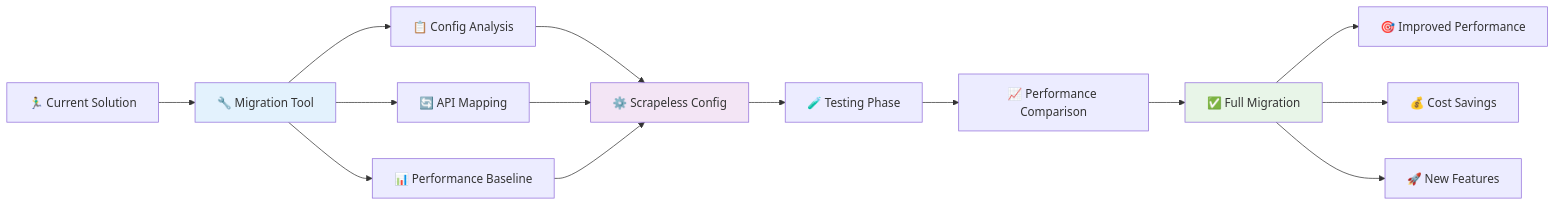
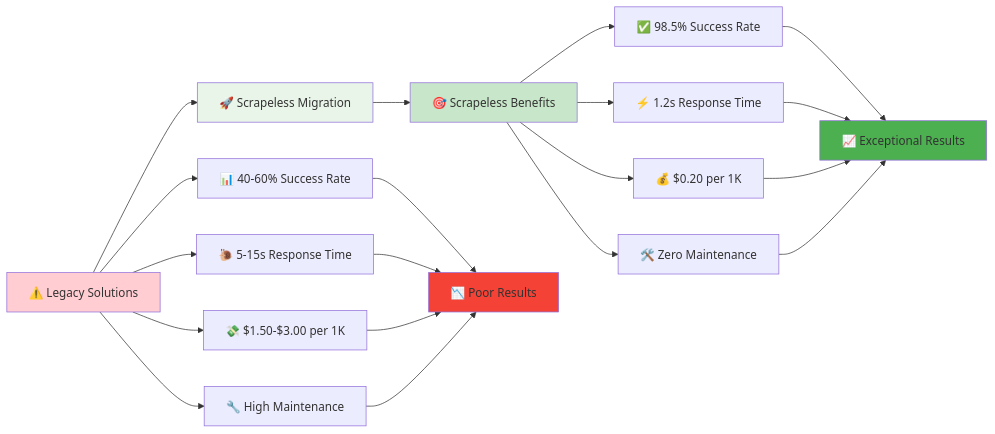
One commit to itsOwen/scrapeless changed the ninth of 10 diagrams in README.md. Above: the diagram before and after it, drawn with Mermaid. The commit also changed other lines of this file, not shown here.

````diff
--- a/README.md
+++ b/README.md
@@ -1184,24 +1249,32 @@
 ```mermaid
 graph LR
-    A[🏃‍♂️ Current Solution] --> B[🔧 Migration Tool]
+    A[⚠️ Legacy Solutions] --> B[🚀 Scrapeless Migration]
     
-    B --> C[📋 Config Analysis]
-    B --> D[🔄 API Mapping]
-    B --> E[📊 Performance Baseline]
+    A --> A1[📊 40-60% Success Rate]
+    A --> A2[🐌 5-15s Response Time]  
+    A --> A3[💸 $1.50-$3.00 per 1K]
+    A --> A4[🔧 High Maintenance]
     
-    C --> F[⚙️ Scrapeless Config]
-    D --> F
-    E --> F
+    B --> C[🎯 Scrapeless Benefits]
     
-    F --> G[🧪 Testing Phase]
-    G --> H[📈 Performance Comparison]
-    H --> I[✅ Full Migration]
+    C --> C1[✅ 98.5% Success Rate]
+    C --> C2[⚡ 1.2s Response Time]
+    C --> C3[💰 $0.20 per 1K]
+    C --> C4[🛠️ Zero Maintenance]
     
-    I --> J[🎯 Improved Performance]
-    I --> K[💰 Cost Savings]
-    I --> L[🚀 New Features]
+    A1 --> D[📉 Poor Results]
+    A2 --> D
+    A3 --> D
+    A4 --> D
     
-    style B fill:#e3f2fd
-    style F fill:#f3e5f5
-    style I fill:#e8f5e8
+    C1 --> E[📈 Exceptional Results]
+    C2 --> E
+    C3 --> E
+    C4 --> E
+    
+    style A fill:#ffcdd2
+    style B fill:#e8f5e8
+    style C fill:#c8e6c9
+    style D fill:#f44336
+    style E fill:#4caf50
 ```
````
